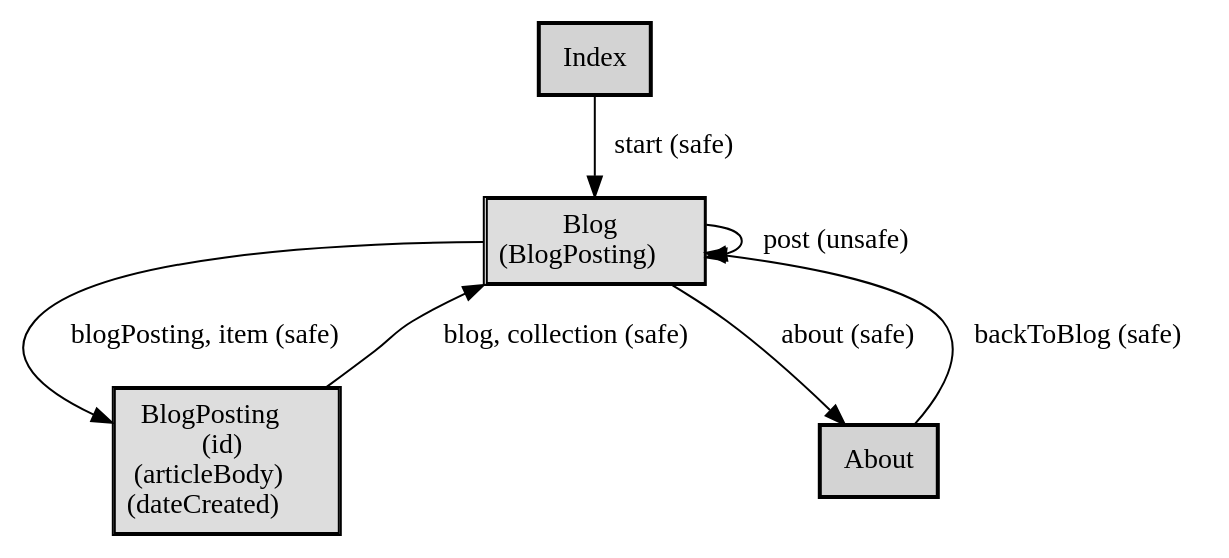
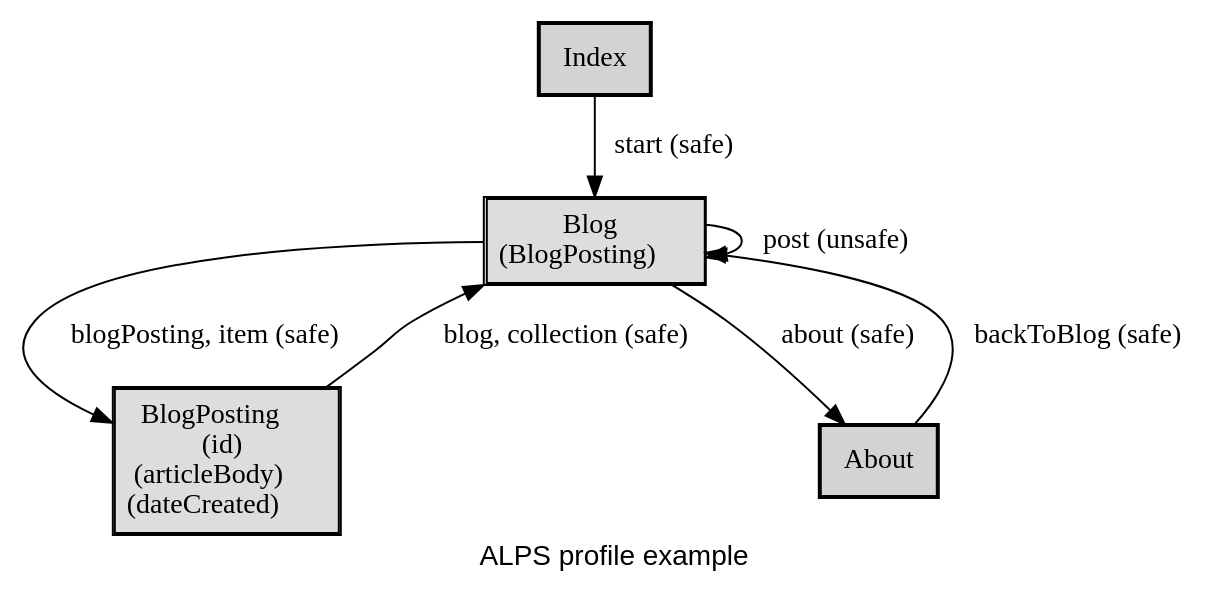
Before and after one commit to alps-asd/app-state-diagram: the diagram in docs/profile.example.dot, drawn with Graphviz. The commit also changed 15 other files, not shown here.

```diff
--- a/docs/profile.example.dot
+++ b/docs/profile.example.dot
@@ -1,17 +1,23 @@
 digraph application_state_diagram {
-    node [shape = box, style = "bold,filled"];
+  graph [
+    labelloc="b";
+    fontname="Helvetica"
+    label="ALPS profile example";
+    URL="index.html"
+  ];
+  node [shape = box, style = "bold,filled"];
 
     Blog [style=solid, margin=0.02, label=<<table cellspacing="0" cellpadding="5" cellborder="1" border="0"><tr><td bgcolor="#dddddd">Blog<br />(BlogPosting)<br /></td></tr></table>>,shape=box URL="docs/semantic.Blog.html"]
     BlogPosting [style=solid, margin=0.02, label=<<table cellspacing="0" cellpadding="5" cellborder="1" border="0"><tr><td bgcolor="#dddddd">BlogPosting<br />(id)<br />(articleBody)<br />(dateCreated)<br /></td></tr></table>>,shape=box URL="docs/semantic.BlogPosting.html"]
 
     Index->Blog [label = "start (safe)" URL="docs/safe.start.html"];
     About->Blog [label = "backToBlog (safe)" URL="docs/safe.backToBlog.html"];
     Blog->BlogPosting [label = "blogPosting, item (safe)" URL="docs/safe.blogPosting.html"];
     Blog->Blog [label = "post (unsafe)" URL="docs/unsafe.post.html"];
     Blog->About [label = "about (safe)" URL="docs/safe.about.html"];
     BlogPosting->Blog [label = "blog, collection (safe)" URL="docs/safe.blog.html"];
 
     Index [URL="docs/semantic.Index.html"]
     About [URL="docs/semantic.About.html"]
 
 }
```
